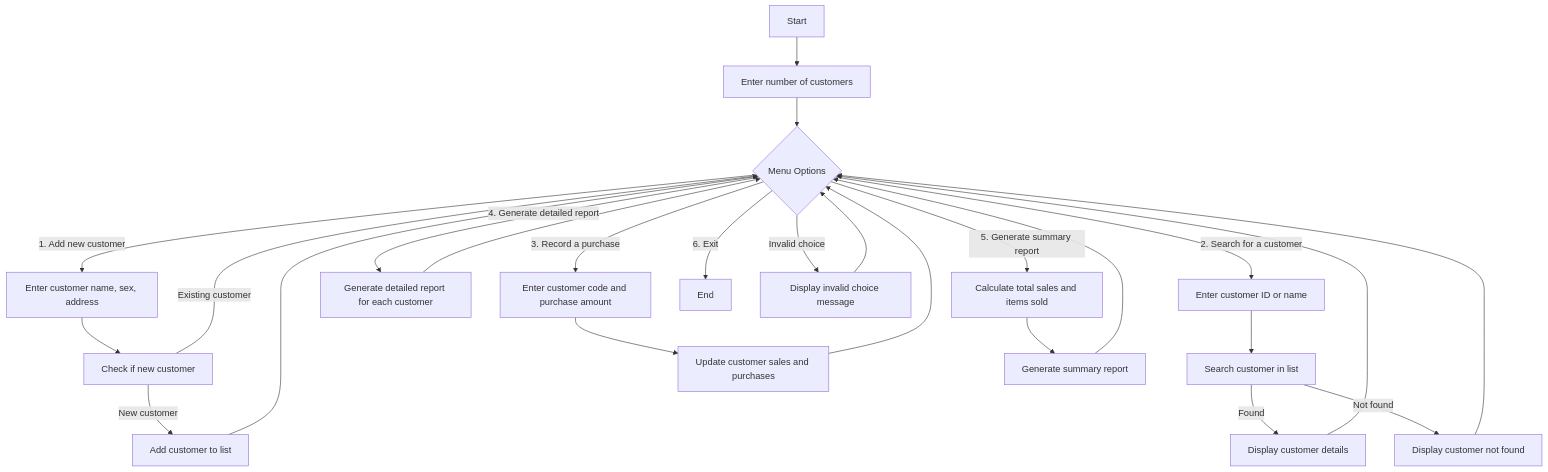
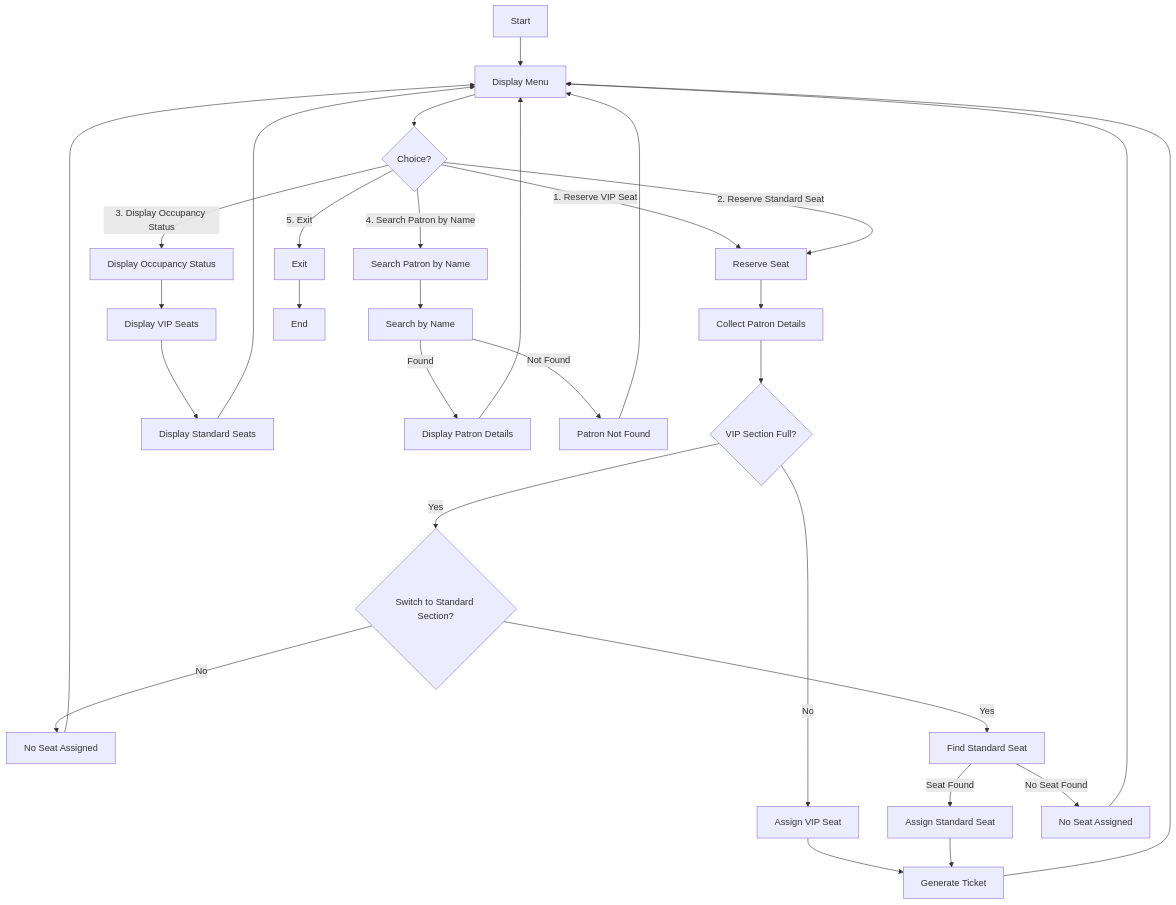
The diagram in ETS0932-Melat-Fekadu/h.md (SWEG-2016EC-Batch/Tech5), drawn with Mermaid before and after one commit.

````diff
--- a/ETS0932-Melat-Fekadu/h.md
+++ b/ETS0932-Melat-Fekadu/h.md
@@ -1,34 +1,36 @@
 ```mermaid
-flowchart TD
-    A[Start] --> B[Enter number of customers]
-    B --> C{Menu Options}
+graph TD;
+    A[Start] --> B[Display Menu];
+    B --> C{Choice?};
+    C -->|1. Reserve VIP Seat| D[Reserve Seat];
+    C -->|2. Reserve Standard Seat| D;
+    C -->|3. Display Occupancy Status| E[Display Occupancy Status];
+    C -->|4. Search Patron by Name| F[Search Patron by Name];
+    C -->|5. Exit| G[Exit];
     
-    C -->|1. Add new customer| D[Enter customer name, sex, address]
-    D --> E[Check if new customer]
-    E -->|New customer| F[Add customer to list]
-    F --> C
-    E -->|Existing customer| C
+    D --> H[Collect Patron Details];
+    H --> I{VIP Section Full?};
+    I -->|No| J[Assign VIP Seat];
+    I -->|Yes| K{Switch to Standard Section?};
+    K -->|No| L[No Seat Assigned];
+    K -->|Yes| M[Find Standard Seat];
+    M -->|Seat Found| N[Assign Standard Seat];
+    M -->|No Seat Found| O[No Seat Assigned];
     
-    C -->|2. Search for a customer| G[Enter customer ID or name]
-    G --> H[Search customer in list]
-    H -->|Found| I[Display customer details]
-    H -->|Not found| J[Display customer not found]
-    I --> C
-    J --> C
+    J --> P[Generate Ticket];
+    N --> P;
+    L --> B;
+    O --> B;
+    P --> B;
     
-    C -->|3. Record a purchase| K[Enter customer code and purchase amount]
-    K --> L[Update customer sales and purchases]
-    L --> C
+    E --> Q[Display VIP Seats];
+    Q --> R[Display Standard Seats];
+    R --> B;
     
-    C -->|4. Generate detailed report| M[Generate detailed report for each customer]
-    M --> C
-    
-    C -->|5. Generate summary report| N[Calculate total sales and items sold]
-    N --> O[Generate summary report]
-    O --> C
-    
-    C -->|6. Exit| P[End]
-    
-    C -->|Invalid choice| Q[Display invalid choice message]
-    Q --> C
+    F --> S[Search by Name];
+    S -->|Found| T[Display Patron Details];
+    S -->|Not Found| U[Patron Not Found];
+    T --> B;
+    U --> B;
+    G --> V[End];
 ```
````
